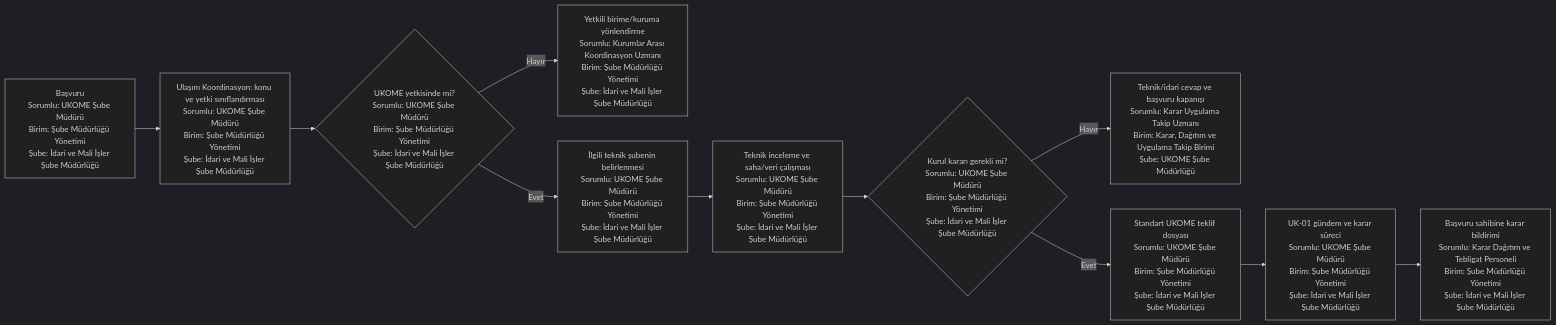
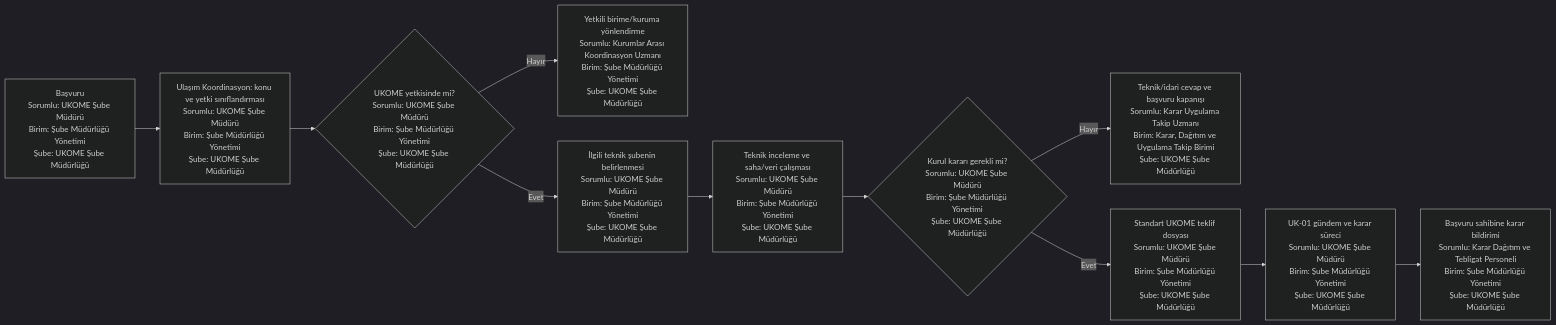
One commit to merdaergen-create/Ulasim_Dairesi_Is_Analizi changed the third of 3 diagrams in 15_yalin_surec_haritalari/ukome/README.md. Above: the diagram before and after it, drawn with Mermaid (dark theme). The commit also changed other lines of this file and 8 other files, not shown here.

````diff
--- a/15_yalin_surec_haritalari/ukome/README.md
+++ b/15_yalin_surec_haritalari/ukome/README.md
@@ -108,13 +108,13 @@
 ```mermaid
 flowchart LR
-    A[Başvuru<br/>Sorumlu: UKOME Şube Müdürü<br/>Birim: Şube Müdürlüğü Yönetimi<br/>Şube: İdari ve Mali İşler Şube Müdürlüğü] --> B[Ulaşım Koordinasyon: konu ve yetki sınıflandırması<br/>Sorumlu: UKOME Şube Müdürü<br/>Birim: Şube Müdürlüğü Yönetimi<br/>Şube: İdari ve Mali İşler Şube Müdürlüğü]
-    B --> C{UKOME yetkisinde mi?<br/>Sorumlu: UKOME Şube Müdürü<br/>Birim: Şube Müdürlüğü Yönetimi<br/>Şube: İdari ve Mali İşler Şube Müdürlüğü}
-    C -- Hayır --> D[Yetkili birime/kuruma yönlendirme<br/>Sorumlu: Kurumlar Arası Koordinasyon Uzmanı<br/>Birim: Şube Müdürlüğü Yönetimi<br/>Şube: İdari ve Mali İşler Şube Müdürlüğü]
-    C -- Evet --> E[İlgili teknik şubenin belirlenmesi<br/>Sorumlu: UKOME Şube Müdürü<br/>Birim: Şube Müdürlüğü Yönetimi<br/>Şube: İdari ve Mali İşler Şube Müdürlüğü]
-    E --> F[Teknik inceleme ve saha/veri çalışması<br/>Sorumlu: UKOME Şube Müdürü<br/>Birim: Şube Müdürlüğü Yönetimi<br/>Şube: İdari ve Mali İşler Şube Müdürlüğü]
-    F --> G{Kurul kararı gerekli mi?<br/>Sorumlu: UKOME Şube Müdürü<br/>Birim: Şube Müdürlüğü Yönetimi<br/>Şube: İdari ve Mali İşler Şube Müdürlüğü}
+    A[Başvuru<br/>Sorumlu: UKOME Şube Müdürü<br/>Birim: Şube Müdürlüğü Yönetimi<br/>Şube: UKOME Şube Müdürlüğü] --> B[Ulaşım Koordinasyon: konu ve yetki sınıflandırması<br/>Sorumlu: UKOME Şube Müdürü<br/>Birim: Şube Müdürlüğü Yönetimi<br/>Şube: UKOME Şube Müdürlüğü]
+    B --> C{UKOME yetkisinde mi?<br/>Sorumlu: UKOME Şube Müdürü<br/>Birim: Şube Müdürlüğü Yönetimi<br/>Şube: UKOME Şube Müdürlüğü}
+    C -- Hayır --> D[Yetkili birime/kuruma yönlendirme<br/>Sorumlu: Kurumlar Arası Koordinasyon Uzmanı<br/>Birim: Şube Müdürlüğü Yönetimi<br/>Şube: UKOME Şube Müdürlüğü]
+    C -- Evet --> E[İlgili teknik şubenin belirlenmesi<br/>Sorumlu: UKOME Şube Müdürü<br/>Birim: Şube Müdürlüğü Yönetimi<br/>Şube: UKOME Şube Müdürlüğü]
+    E --> F[Teknik inceleme ve saha/veri çalışması<br/>Sorumlu: UKOME Şube Müdürü<br/>Birim: Şube Müdürlüğü Yönetimi<br/>Şube: UKOME Şube Müdürlüğü]
+    F --> G{Kurul kararı gerekli mi?<br/>Sorumlu: UKOME Şube Müdürü<br/>Birim: Şube Müdürlüğü Yönetimi<br/>Şube: UKOME Şube Müdürlüğü}
     G -- Hayır --> H[Teknik/idari cevap ve başvuru kapanışı<br/>Sorumlu: Karar Uygulama Takip Uzmanı<br/>Birim: Karar, Dağıtım ve Uygulama Takip Birimi<br/>Şube: UKOME Şube Müdürlüğü]
-    G -- Evet --> I[Standart UKOME teklif dosyası<br/>Sorumlu: UKOME Şube Müdürü<br/>Birim: Şube Müdürlüğü Yönetimi<br/>Şube: İdari ve Mali İşler Şube Müdürlüğü]
-    I --> J[UK-01 gündem ve karar süreci<br/>Sorumlu: UKOME Şube Müdürü<br/>Birim: Şube Müdürlüğü Yönetimi<br/>Şube: İdari ve Mali İşler Şube Müdürlüğü]
-    J --> K[Başvuru sahibine karar bildirimi<br/>Sorumlu: Karar Dağıtım ve Tebligat Personeli<br/>Birim: Şube Müdürlüğü Yönetimi<br/>Şube: İdari ve Mali İşler Şube Müdürlüğü]
+    G -- Evet --> I[Standart UKOME teklif dosyası<br/>Sorumlu: UKOME Şube Müdürü<br/>Birim: Şube Müdürlüğü Yönetimi<br/>Şube: UKOME Şube Müdürlüğü]
+    I --> J[UK-01 gündem ve karar süreci<br/>Sorumlu: UKOME Şube Müdürü<br/>Birim: Şube Müdürlüğü Yönetimi<br/>Şube: UKOME Şube Müdürlüğü]
+    J --> K[Başvuru sahibine karar bildirimi<br/>Sorumlu: Karar Dağıtım ve Tebligat Personeli<br/>Birim: Şube Müdürlüğü Yönetimi<br/>Şube: UKOME Şube Müdürlüğü]
 ```
````
